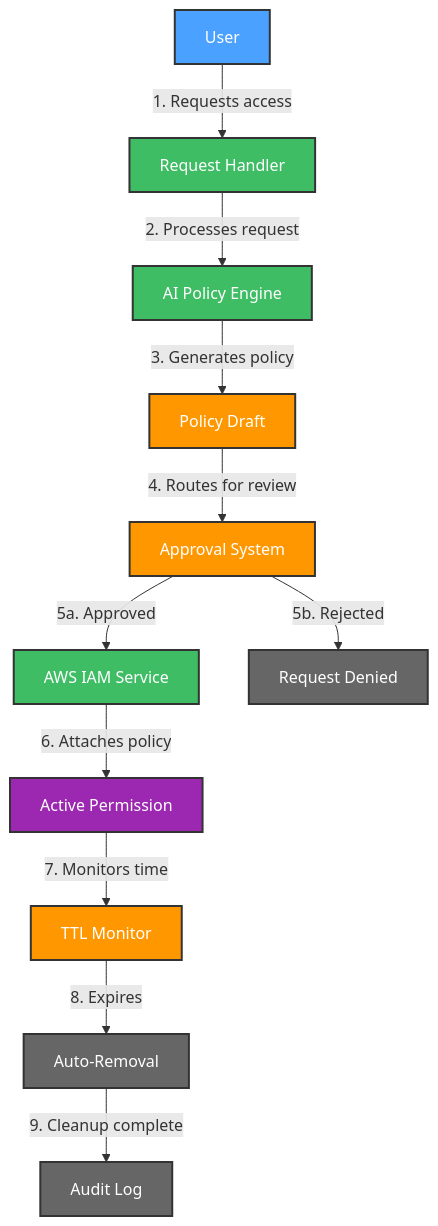
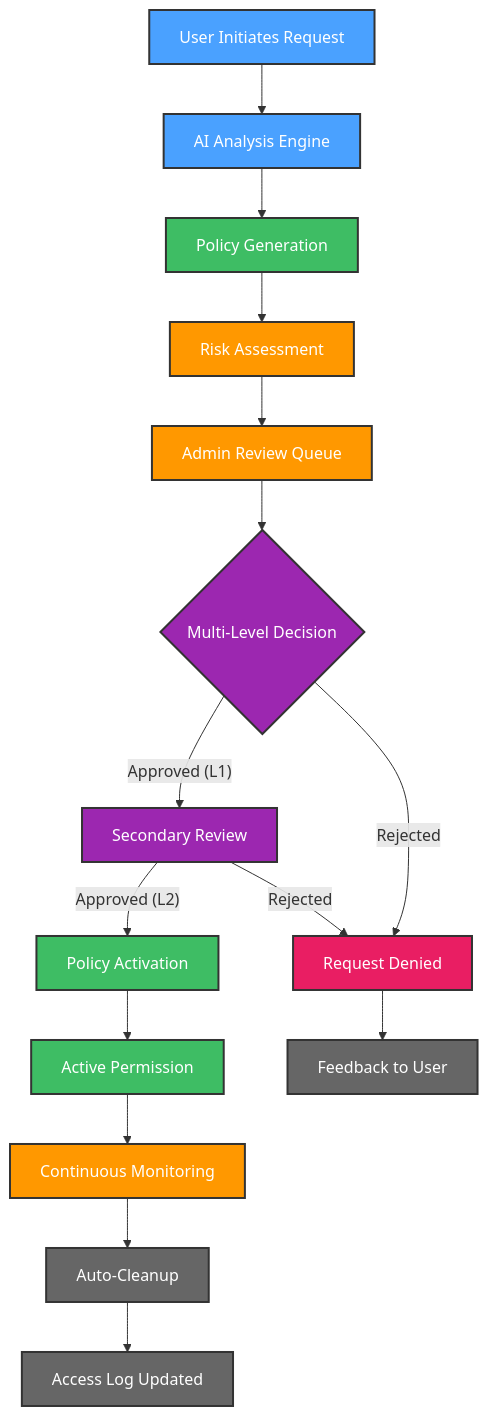
Before and after one commit to kubiyabot/terraform-modules: the second of 5 diagrams in jit-permissions-guardians/README.md, drawn with Mermaid. The commit also changed other lines of this file, not shown here.

````diff
--- a/jit-permissions-guardians/README.md
+++ b/jit-permissions-guardians/README.md
@@ -51,25 +87,32 @@
 ```mermaid
 flowchart TD
-    A["User"] -->|1. Requests access| B["Request Handler"]
-    B -->|2. Processes request| C["AI Policy Engine"]
-    C -->|3. Generates policy| D["Policy Draft"]
-    D -->|4. Routes for review| E["Approval System"]
-    E -->|5a. Approved| F["AWS IAM Service"]
-    E -->|5b. Rejected| G["Request Denied"]
-    F -->|6. Attaches policy| H["Active Permission"]
-    H -->|7. Monitors time| I["TTL Monitor"]
-    I -->|8. Expires| J["Auto-Removal"]
-    J -->|9. Cleanup complete| K["Audit Log"]
-
+    A["User Initiates Request"] --> B["AI Analysis Engine"]
+    B --> C["Policy Generation"]
+    C --> D["Risk Assessment"]
+    D --> E["Admin Review Queue"]
+    E --> F{"Multi-Level Decision"}
+    F -->|"Approved (L1)"| G["Secondary Review"]
+    G -->|"Approved (L2)"| H["Policy Activation"]
+    F -->|"Rejected"| I["Request Denied"]
+    G -->|"Rejected"| I
+    H --> J["Active Permission"]
+    J --> K["Continuous Monitoring"]
+    K --> L["Auto-Cleanup"]
+    I --> M["Feedback to User"]
+    L --> N["Access Log Updated"]
+    
     style A fill:#4aa1ff,stroke:#333,stroke-width:2px,color:#fff
-    style B fill:#3ebd64,stroke:#333,stroke-width:2px,color:#fff
+    style B fill:#4aa1ff,stroke:#333,stroke-width:2px,color:#fff
     style C fill:#3ebd64,stroke:#333,stroke-width:2px,color:#fff
     style D fill:#ff9800,stroke:#333,stroke-width:2px,color:#fff
     style E fill:#ff9800,stroke:#333,stroke-width:2px,color:#fff
-    style F fill:#3ebd64,stroke:#333,stroke-width:2px,color:#fff
-    style G fill:#666666,stroke:#333,stroke-width:2px,color:#fff
-    style H fill:#9c27b0,stroke:#333,stroke-width:2px,color:#fff
-    style I fill:#ff9800,stroke:#333,stroke-width:2px,color:#fff
-    style J fill:#666666,stroke:#333,stroke-width:2px,color:#fff
-    style K fill:#666666,stroke:#333,stroke-width:2px,color:#fff
+    style F fill:#9c27b0,stroke:#333,stroke-width:2px,color:#fff
+    style G fill:#9c27b0,stroke:#333,stroke-width:2px,color:#fff
+    style H fill:#3ebd64,stroke:#333,stroke-width:2px,color:#fff
+    style I fill:#e91e63,stroke:#333,stroke-width:2px,color:#fff
+    style J fill:#3ebd64,stroke:#333,stroke-width:2px,color:#fff
+    style K fill:#ff9800,stroke:#333,stroke-width:2px,color:#fff
+    style L fill:#666666,stroke:#333,stroke-width:2px,color:#fff
+    style M fill:#666666,stroke:#333,stroke-width:2px,color:#fff
+    style N fill:#666666,stroke:#333,stroke-width:2px,color:#fff
 ```
````
